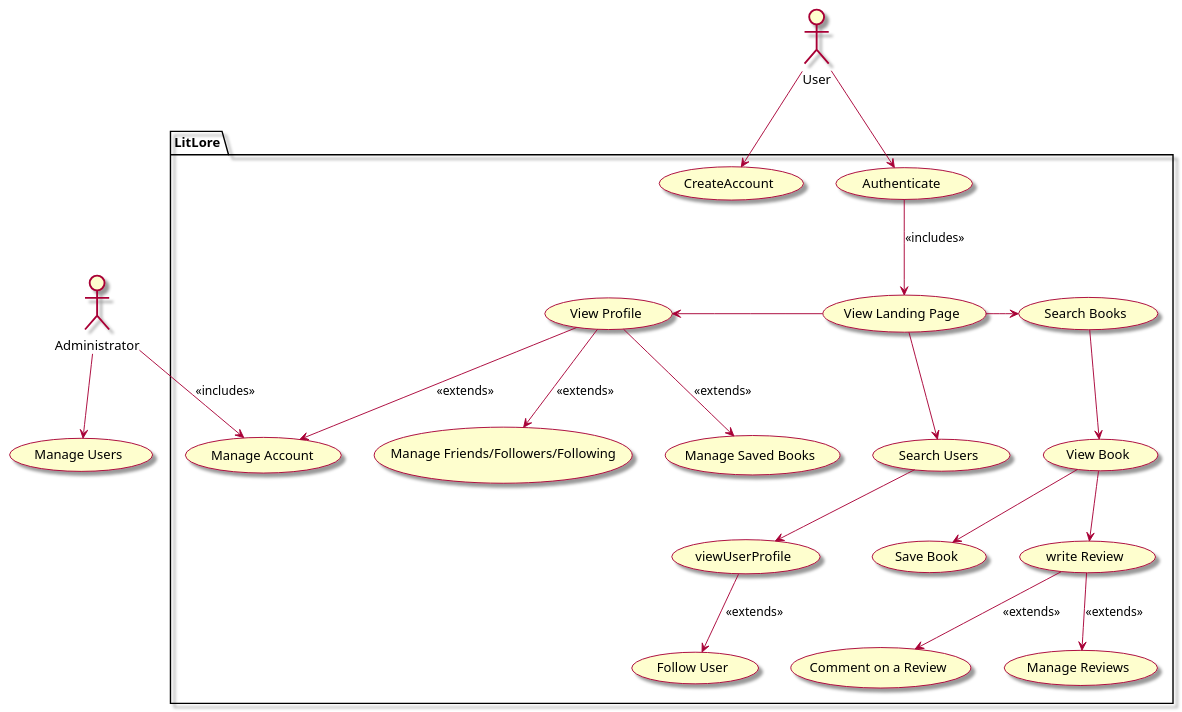
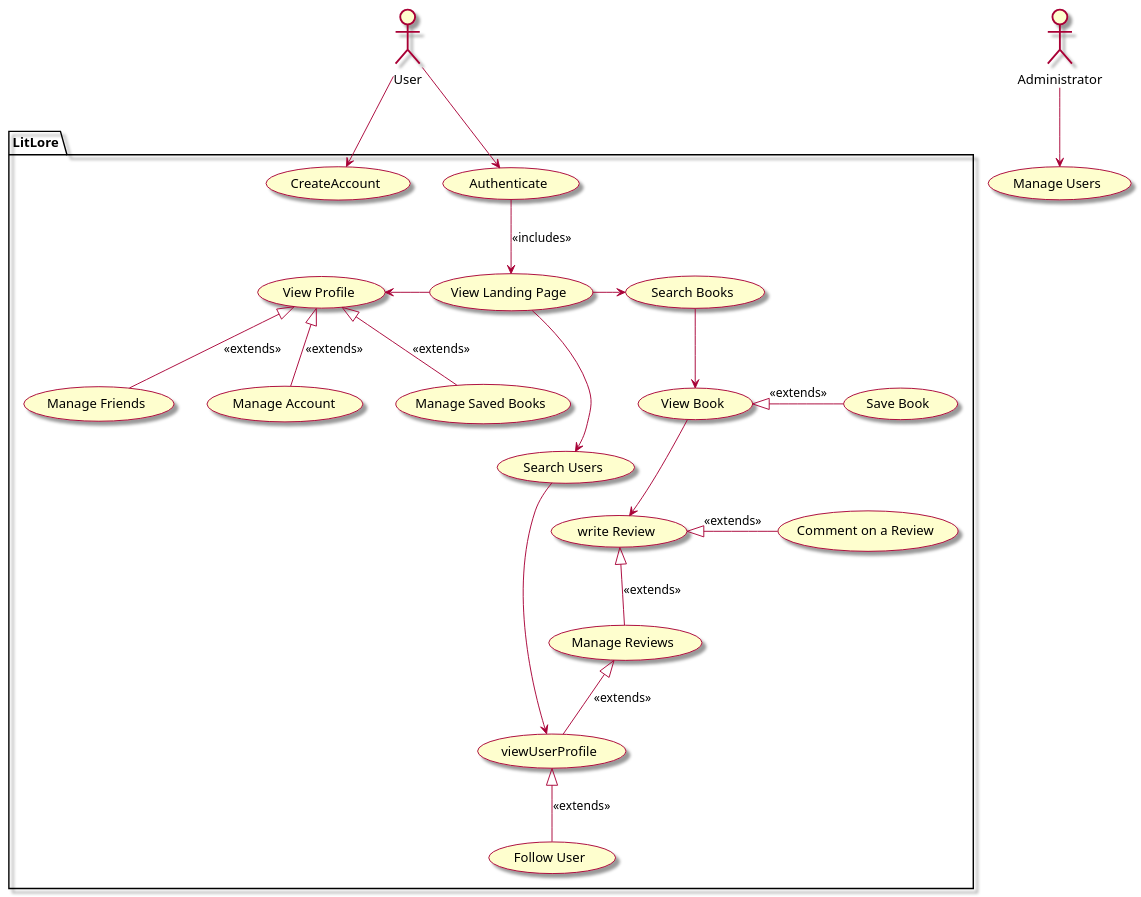
One commit to Khurshid03/team-2b changed the diagram in intellij/doc/vision.md. Above: the diagram before and after it, drawn with PlantUML. The commit also changed 5 other files, not shown here.

Commit message:
Edit the use case diagrams for multiple use cases

````diff
--- a/intellij/doc/vision.md
+++ b/intellij/doc/vision.md
@@ -40,64 +40,55 @@
 ```plantuml
 skin rose
 
 ' human actors
 actor "User" as user
 actor "Administrator" as admin
 
 ' system actors
 
 
 ' list all use cases in package
 usecase "Manage Users" as manageUsers
  
 package LitLore{
     usecase "CreateAccount" as createAccount
     usecase "Authenticate" as authenticate
     usecase "View Landing Page" as viewLandingPage
     usecase "View Profile" as viewProfile
     usecase "Search Users" as searchUsers
     usecase "Search Books" as searchBooks
     usecase "View Book" as viewBook
     usecase "write Review" as writeReview
     usecase "Manage Reviews" as manageReviews
     usecase "Comment on a Review" as commentOnAReview
     usecase "Save Book" as saveBook
-    usecase "Manage Friends/Followers/Following" as manageFriends
+    usecase "Manage Friends" as manageFriends
     usecase " Manage Account" as manageAccount
     usecase "Manage Saved Books" as manageSavedBooks
     usecase "viewUserProfile" as viewUserProfile
     usecase "Follow User" as followUser
-    
+   
 }
 
 ' list relationships between actors and use cases
 
-' Authentication flow
 user --> createAccount
 user --> authenticate
 authenticate --> viewLandingPage : <<includes>>
-
-' Profile and social interactions
 viewLandingPage -left-> viewProfile
-viewProfile --> manageAccount : <<extends>>
-viewProfile --> manageSavedBooks : <<extends>>
-viewProfile --> manageFriends : <<extends>>
+viewProfile <|-- manageAccount : <<extends>>
+viewProfile <|-- manageSavedBooks : <<extends>>
+viewProfile <|-- manageFriends : <<extends>>
 searchUsers --> viewUserProfile
-viewUserProfile --> followUser : <<extends>>
-
-' Searching for content
+viewUserProfile <|-- followUser : <<extends>>
 viewLandingPage -right-> searchBooks
 viewLandingPage --> searchUsers
+searchBooks --> viewBook
+viewBook <|-right- saveBook : <<extends>>
+viewBook --> writeReview
+writeReview <|-- manageReviews : <<extends>>
+writeReview <|-right- commentOnAReview : <<extends>>
+manageReviews <|-- viewUserProfile : <<extends>>
 
-
-' Book interactions
-searchBooks --> viewBook
-viewBook --> saveBook
-viewBook --> writeReview
-writeReview --> manageReviews : <<extends>>
-writeReview --> commentOnAReview : <<extends>>
-
-' Admin interactions
 admin --> manageUsers
-admin --> manageAccount : <<includes>>
 ```
````
